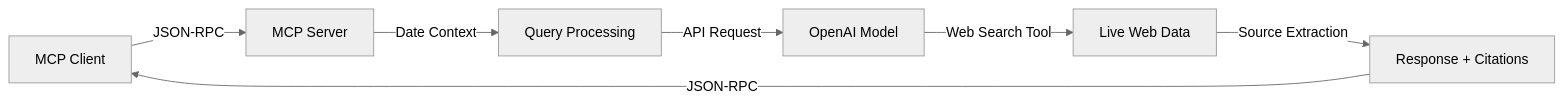
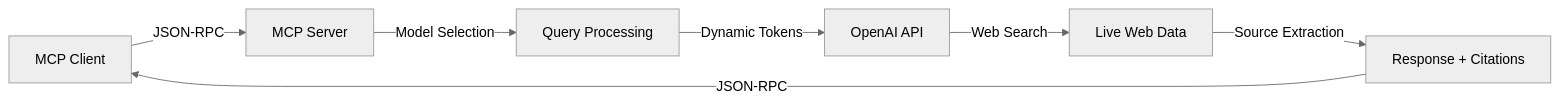
The diagram in README.md (jaysm03/openai-websearch-mcp), drawn with Mermaid (neutral theme) before and after one commit. The commit also changed other lines of this file and 2 other files, not shown here.

Commit message:
Add GPT-5 support with dynamic token limits, fix timeouts, and update documentation

````diff
--- a/README.md
+++ b/README.md
@@ -36,9 +244,9 @@
 ```mermaid
 graph LR
     A[MCP Client] -->|JSON-RPC| B[MCP Server]
-    B -->|Date Context| C[Query Processing]
-    C -->|API Request| D[OpenAI Model]
-    D -->|Web Search Tool| E[Live Web Data]
+    B -->|Model Selection| C[Query Processing]
+    C -->|Dynamic Tokens| D[OpenAI API]
+    D -->|Web Search| E[Live Web Data]
     E -->|Source Extraction| F[Response + Citations]
     F -->|JSON-RPC| A
 ```
````
